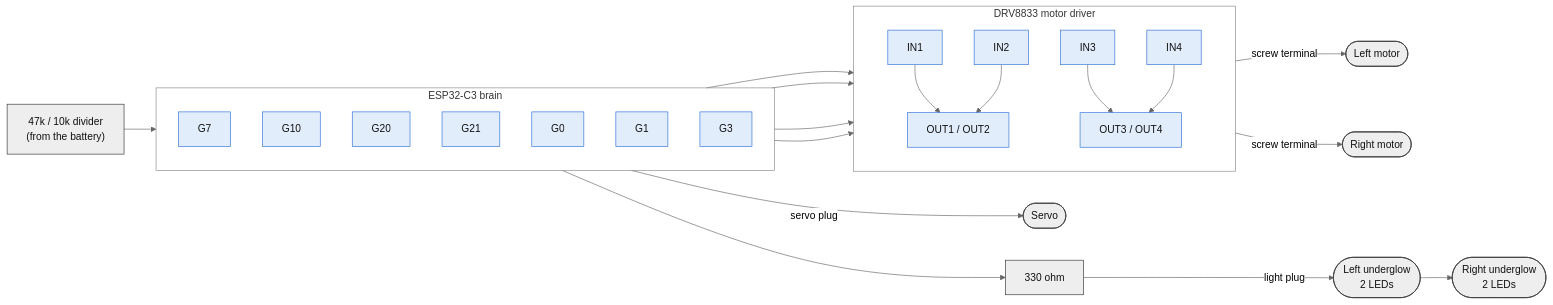
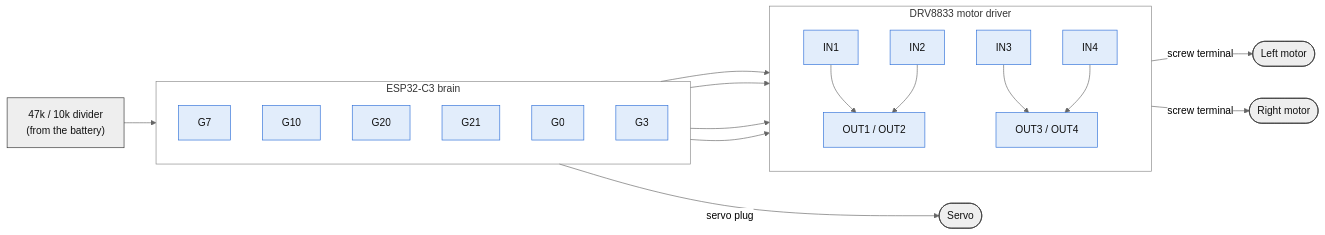
The second of 4 diagrams in docs/architecture.md (ado11231/rc-car), drawn with Mermaid (neutral theme) before and after one commit. The commit also changed other lines of this file and 35 other files, not shown here.

````diff
--- a/docs/architecture.md
+++ b/docs/architecture.md
@@ -80,52 +77,47 @@
 ```mermaid
 flowchart LR
     subgraph C3["ESP32-C3 brain"]
         direction TB
         G7["G7"]
         G10["G10"]
         G20["G20"]
         G21["G21"]
         G0["G0"]
-        G1["G1"]
         G3["G3"]
     end
 
     subgraph DRV["DRV8833 motor driver"]
         direction TB
         IN1["IN1"]
         IN2["IN2"]
         IN3["IN3"]
         IN4["IN4"]
         OA["OUT1 / OUT2"]
         OB["OUT3 / OUT4"]
     end
 
     ML(["Left motor"])
     MR(["Right motor"])
     SV(["Servo"])
-    R330["330 ohm"]
-    UL(["Left underglow<br/>2 LEDs"])
-    UR(["Right underglow<br/>2 LEDs"])
     DIV["47k / 10k divider<br/>(from the battery)"]
 
     G7 --> IN1
     G10 --> IN2
     G20 --> IN3
     G21 --> IN4
     IN1 --> OA
     IN2 --> OA
     IN3 --> OB
     IN4 --> OB
     OA -->|screw terminal| ML
     OB -->|screw terminal| MR
     G0 -->|servo plug| SV
-    G1 --> R330 -->|light plug| UL --> UR
     DIV --> G3
 
     classDef pin fill:#e2edfb,stroke:#2e6fd8,color:#111
     classDef part fill:#eeeeee,stroke:#333,color:#111
-    class G7,G10,G20,G21,G0,G1,G3,IN1,IN2,IN3,IN4,OA,OB pin
-    class ML,MR,SV,UL,UR,R330,DIV part
+    class G7,G10,G20,G21,G0,G3,IN1,IN2,IN3,IN4,OA,OB pin
+    class ML,MR,SV,DIV part
     style C3 fill:none,stroke:#888
     style DRV fill:none,stroke:#888
 ```
````
